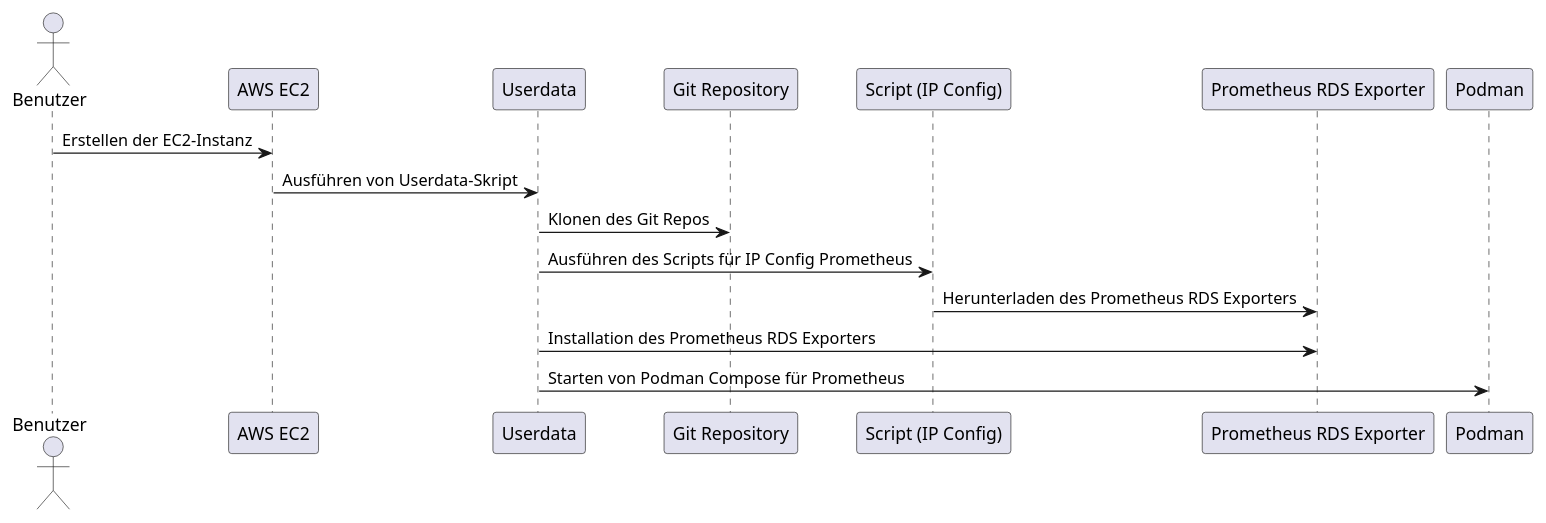
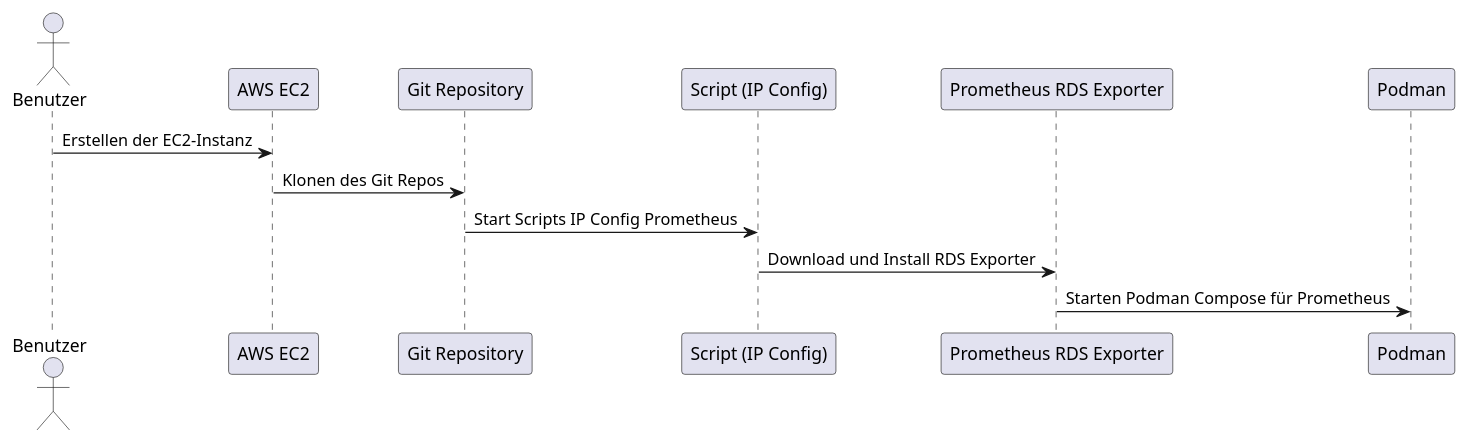
Before and after one commit to blro-ep/ITCNE23-SEM-III: the diagram in diagrams/Sequenzdiagramm.puml, drawn with PlantUML.

Commit message:
Update Sequenzdigramm

```diff
--- a/diagrams/Sequenzdiagramm.puml
+++ b/diagrams/Sequenzdiagramm.puml
@@ -1,17 +1,14 @@
 @startuml Sequenzdiagramm
 actor Benutzer
 participant "AWS EC2" as EC2
-participant "Userdata" as UD
 participant "Git Repository" as Git
 participant "Script (IP Config)" as Script
 participant "Prometheus RDS Exporter" as Exporter
 participant "Podman" as Podman
 
 Benutzer -> EC2: Erstellen der EC2-Instanz
-EC2 -> UD: Ausführen von Userdata-Skript
-UD -> Git: Klonen des Git Repos
-UD -> Script: Ausführen des Scripts für IP Config Prometheus
-Script -> Exporter: Herunterladen des Prometheus RDS Exporters
-UD -> Exporter: Installation des Prometheus RDS Exporters
-UD -> Podman: Starten von Podman Compose für Prometheus
+EC2 -> Git: Klonen des Git Repos
+Git -> Script: Start Scripts IP Config Prometheus
+Script -> Exporter:  Download und Install RDS Exporter
+Exporter -> Podman: Starten Podman Compose für Prometheus
 @enduml
```
